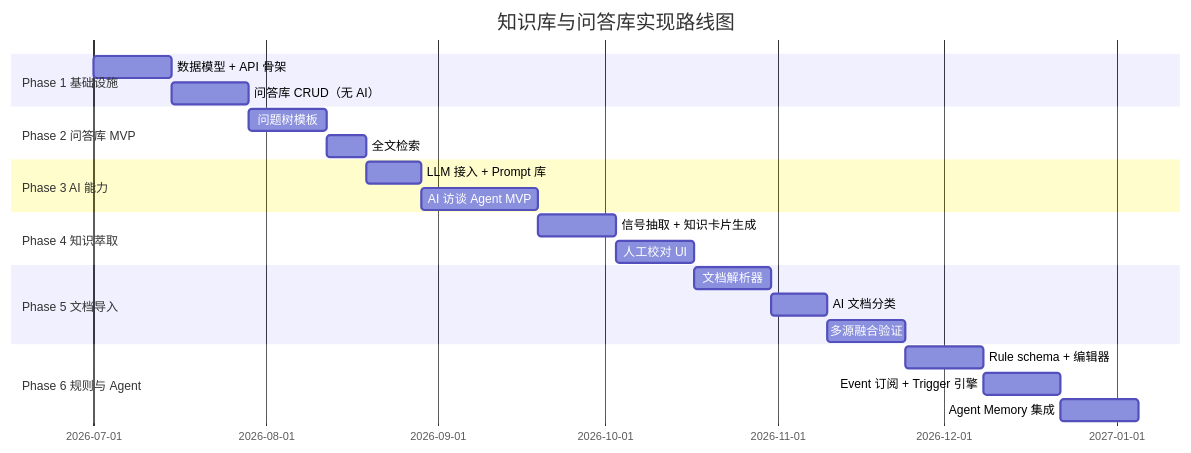
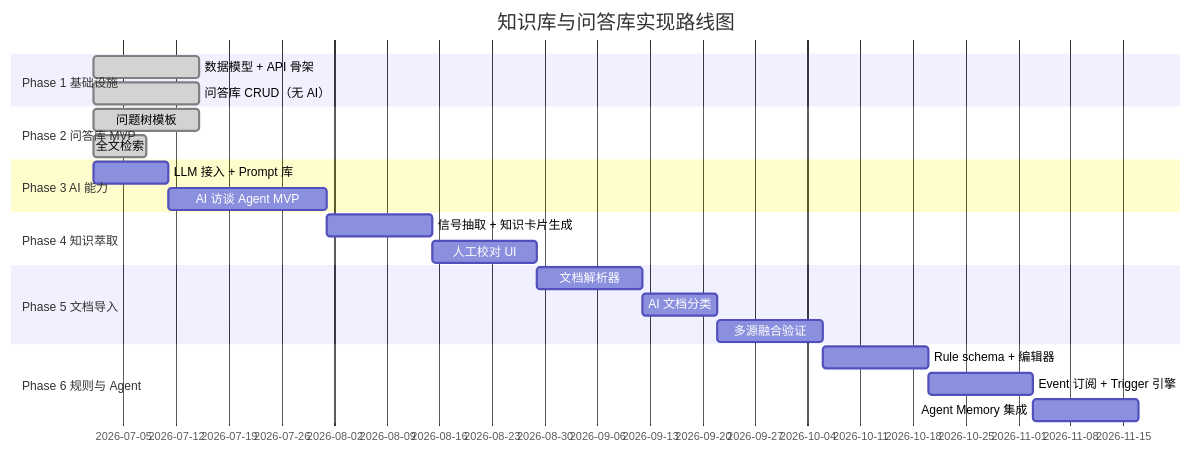
Before and after one commit to zhaoxin34/matrix: the first of 3 diagrams in neo/design/docs/product/knlg-base/implementation-roadmap.md, drawn with Mermaid. The commit also changed other lines of this file and 3 other files, not shown here.

First line of the commit message:
chore(knlg-base): Phase 2 verification fixes + roadmap sync

````diff
--- a/neo/design/docs/product/knlg-base/implementation-roadmap.md
+++ b/neo/design/docs/product/knlg-base/implementation-roadmap.md
@@ -95,25 +100,25 @@
 ```mermaid
 gantt
     title 知识库与问答库实现路线图
     dateFormat  YYYY-MM-DD
     section Phase 1 基础设施
-    数据模型 + API 骨架          :p1a, 2026-07-01, 14d
-    问答库 CRUD（无 AI）         :p1b, after p1a, 14d
+    数据模型 + API 骨架          :done, 2026-07-01, 14d
+    问答库 CRUD（无 AI）         :done, after done, 14d
     section Phase 2 问答库 MVP
-    问题树模板                  :p2a, after p1b, 14d
-    全文检索                    :p2b, after p2a, 7d
+    问题树模板                  :done, 2026-07-01, 14d
+    全文检索                    :done, after done, 7d
     section Phase 3 AI 能力
-    LLM 接入 + Prompt 库         :p3a, after p2b, 10d
+    LLM 接入 + Prompt 库         :p3a, after done, 10d
     AI 访谈 Agent MVP           :p3b, after p3a, 21d
     section Phase 4 知识萃取
     信号抽取 + 知识卡片生成      :p4a, after p3b, 14d
     人工校对 UI                 :p4b, after p4a, 14d
     section Phase 5 文档导入
     文档解析器                  :p5a, after p4b, 14d
     AI 文档分类                 :p5b, after p5a, 10d
     多源融合验证                :p5c, after p5b, 14d
     section Phase 6 规则与 Agent
     Rule schema + 编辑器        :p6a, after p5c, 14d
     Event 订阅 + Trigger 引擎   :p6b, after p6a, 14d
     Agent Memory 集成           :p6c, after p6b, 14d
 ```
````
